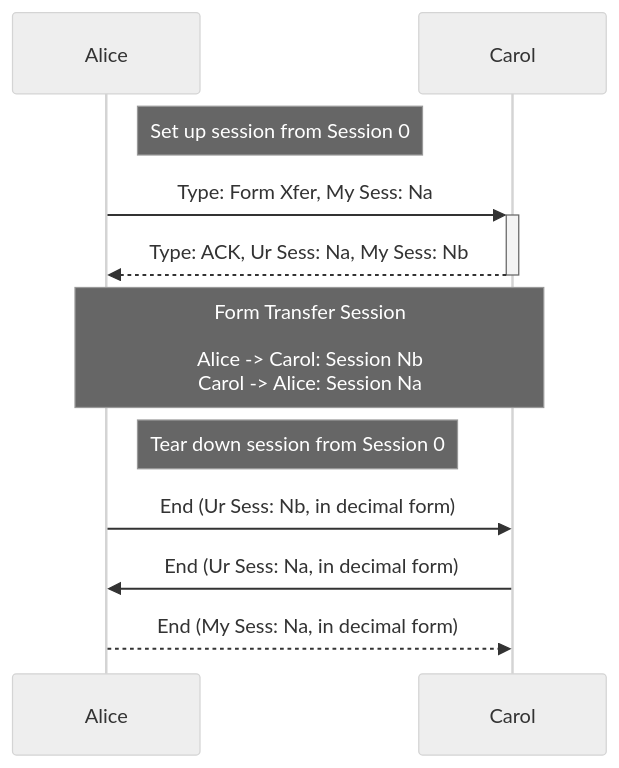
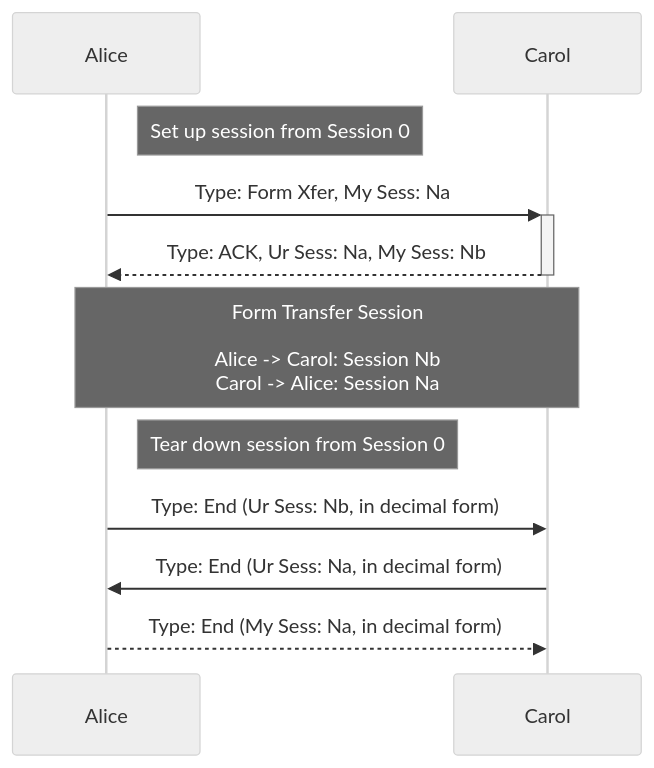
The third of 3 diagrams in doc/ddt2.md (dscp46/dissectors), drawn with Mermaid (neutral theme) before and after one commit.

````diff
--- a/doc/ddt2.md
+++ b/doc/ddt2.md
@@ -129,13 +129,13 @@
 ```mermaid
 sequenceDiagram
     note right of Alice: Set up session from Session 0
     Alice->>+Carol: Type: Form Xfer, My Sess: Na
     Carol-->>-Alice: Type: ACK, Ur Sess: Na, My Sess: Nb
 
     note over Alice,Carol: Form Transfer Session<br/><br/>Alice -> Carol: Session Nb<br/>Carol -> Alice: Session Na
 
     note right of Alice: Tear down session from Session 0
-    Alice->>Carol: End (Ur Sess: Nb, in decimal form)
-    Carol->>Alice: End (Ur Sess: Na, in decimal form)
-    Alice-->>Carol: End (My Sess: Na, in decimal form)
+    Alice->>Carol: Type: End (Ur Sess: Nb, in decimal form)
+    Carol->>Alice: Type: End (Ur Sess: Na, in decimal form)
+    Alice-->>Carol: Type: End (My Sess: Na, in decimal form)
 ```
````
